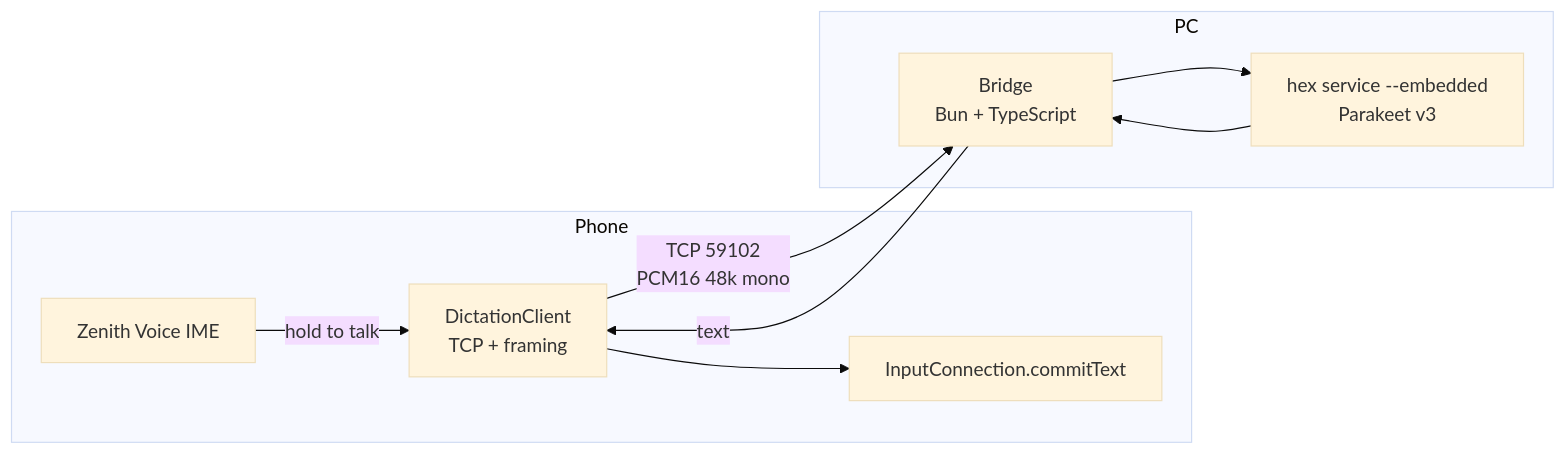
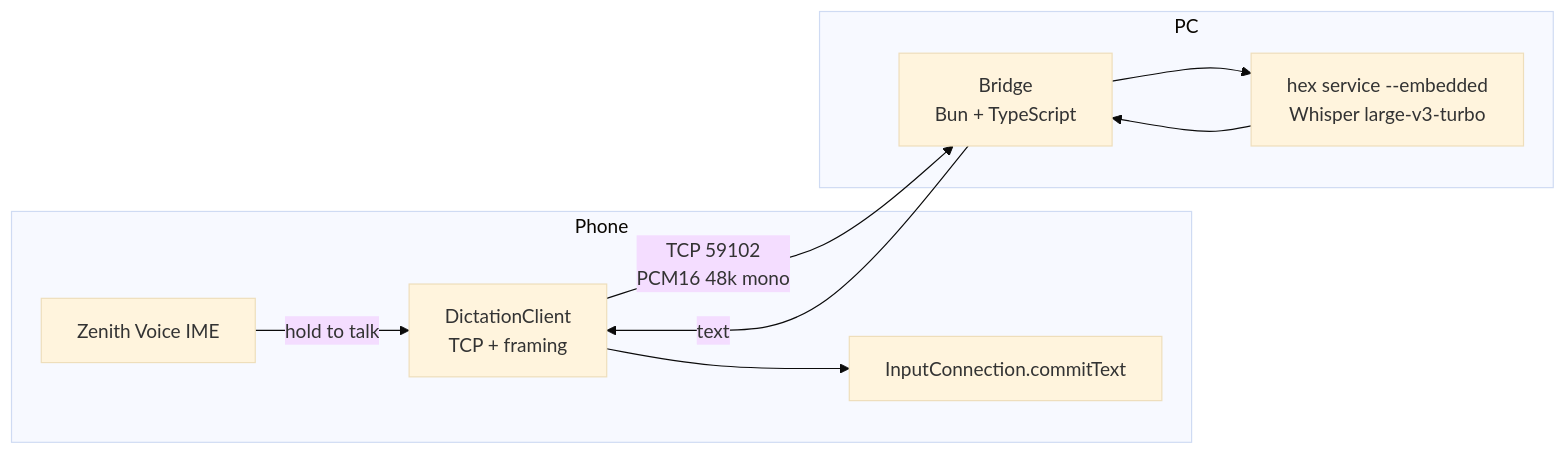
One commit to luanweslley77/zenith-audio changed the diagram in docs/phone-dictation.md. Above: the diagram before and after it, drawn with Mermaid (base theme). The commit also changed other lines of this file, not shown here.

First line of the commit message:
docs(dictation): use a pt-BR model, not stock Parakeet v3

````diff
--- a/docs/phone-dictation.md
+++ b/docs/phone-dictation.md
@@ -88,15 +117,15 @@
 ```mermaid
 flowchart LR
     subgraph Phone
         A[Zenith Voice IME] -->|hold to talk| B[DictationClient<br/>TCP + framing]
         B --> C[InputConnection.commitText]
     end
 
     subgraph PC
-        D[Bridge<br/>Bun + TypeScript] --> E[hex service --embedded<br/>Parakeet v3]
+        D[Bridge<br/>Bun + TypeScript] --> E[hex service --embedded<br/>Whisper large-v3-turbo]
         E --> D
     end
 
     B -->|TCP 59102<br/>PCM16 48k mono| D
     D -->|text| B
 ```
````
